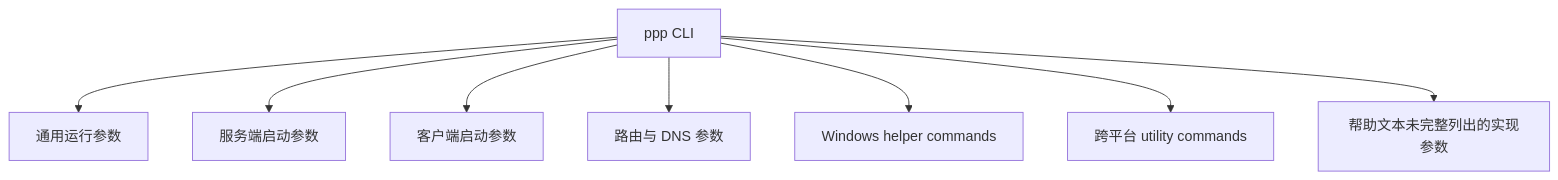
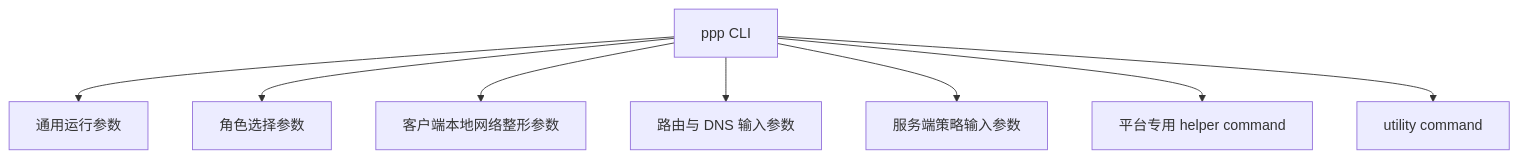
Before and after one commit to HyacinthHaru/openppp2: the first of 2 diagrams in docs/CLI_REFERENCE_CN.md, drawn with Mermaid. The commit also changed other lines of this file and 15 other files, not shown here.

````diff
--- a/docs/CLI_REFERENCE_CN.md
+++ b/docs/CLI_REFERENCE_CN.md
@@ -91,10 +55,10 @@
 ```mermaid
 flowchart TD
     A[ppp CLI] --> B[通用运行参数]
-    A --> C[服务端启动参数]
-    A --> D[客户端启动参数]
-    A --> E[路由与 DNS 参数]
-    A --> F[Windows helper commands]
-    A --> G[跨平台 utility commands]
-    A --> H[帮助文本未完整列出的实现参数]
+    A --> C[角色选择参数]
+    A --> D[客户端本地网络整形参数]
+    A --> E[路由与 DNS 输入参数]
+    A --> F[服务端策略输入参数]
+    A --> G[平台专用 helper command]
+    A --> H[utility command]
 ```
````
